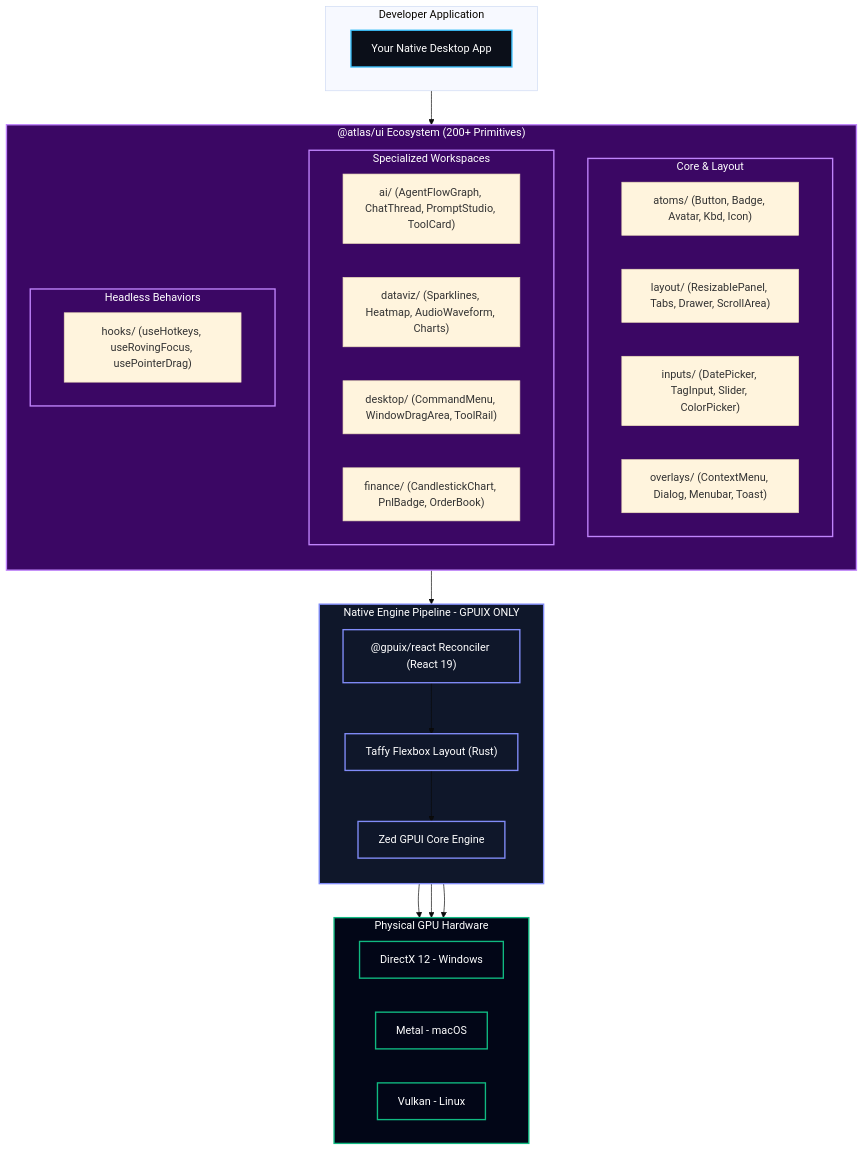
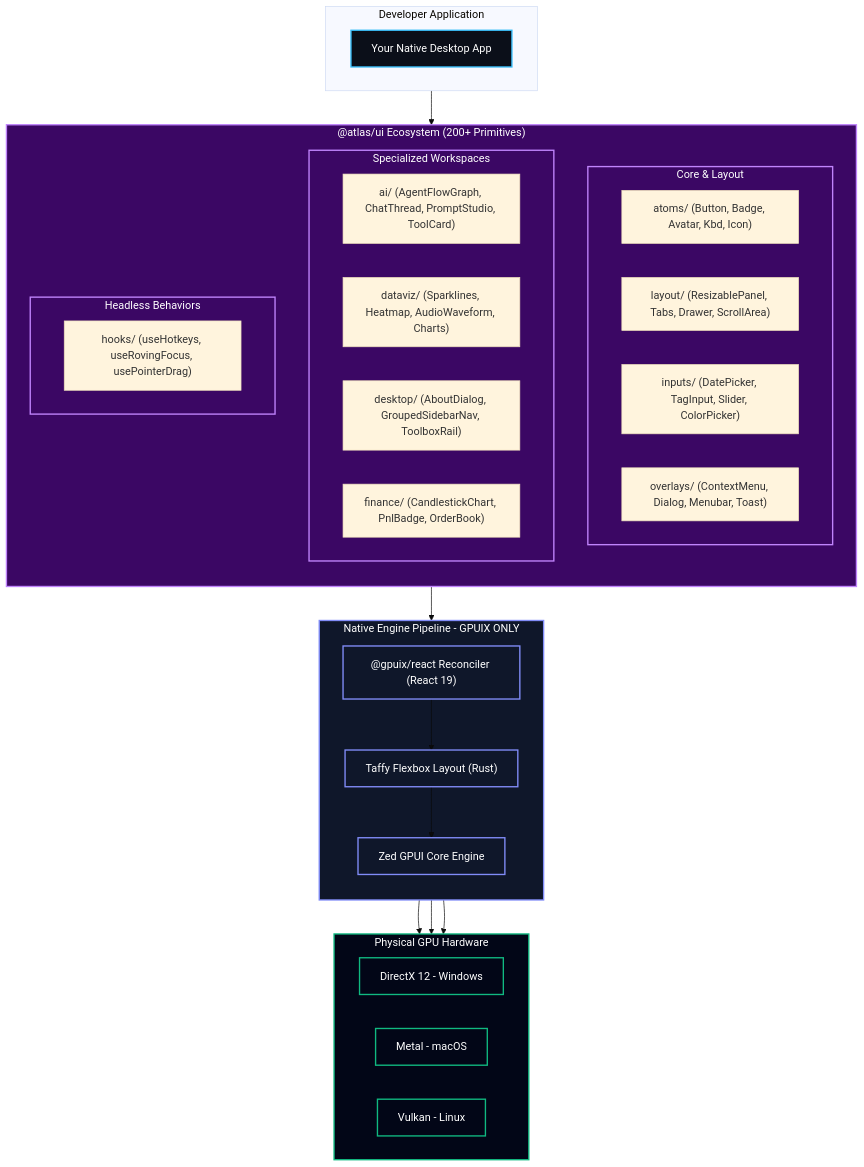
One commit to amafjarkasi/atlas-ui changed the diagram in README.md. Above: the diagram before and after it, drawn with Mermaid (base theme). The commit also changed other lines of this file and 110 other files, not shown here.

````diff
--- a/README.md
+++ b/README.md
@@ -54,60 +55,60 @@
 ```mermaid
 flowchart TB
     subgraph AppLayer [Developer Application]
         direction LR
         App[Your Native Desktop App]
     end
 
     subgraph AtlasUI ["@atlas/ui Ecosystem (200+ Primitives)"]
         direction TB
         subgraph CoreModules [Core & Layout]
             Atoms["atoms/ (Button, Badge, Avatar, Kbd, Icon)"]
             Layout["layout/ (ResizablePanel, Tabs, Drawer, ScrollArea)"]
             Inputs["inputs/ (DatePicker, TagInput, Slider, ColorPicker)"]
             Overlays["overlays/ (ContextMenu, Dialog, Menubar, Toast)"]
         end
 
         subgraph AdvancedModules [Specialized Workspaces]
             AI["ai/ (AgentFlowGraph, ChatThread, PromptStudio, ToolCard)"]
             DataViz["dataviz/ (Sparklines, Heatmap, AudioWaveform, Charts)"]
-            Desktop["desktop/ (CommandMenu, WindowDragArea, ToolRail)"]
+            Desktop["desktop/ (AboutDialog, GroupedSidebarNav, ToolboxRail)"]
             Finance["finance/ (CandlestickChart, PnlBadge, OrderBook)"]
         end
 
         subgraph HeadlessEngines [Headless Behaviors]
             Hooks["hooks/ (useHotkeys, useRovingFocus, usePointerDrag)"]
         end
     end
 
     subgraph GPUIRuntime [Native Engine Pipeline - GPUIX ONLY]
         direction TB
         Reconciler["@gpuix/react Reconciler (React 19)"]
         Taffy["Taffy Flexbox Layout (Rust)"]
         ZedGPUI["Zed GPUI Core Engine"]
     end
 
     subgraph Hardware [Physical GPU Hardware]
         direction LR
         DX12[DirectX 12 - Windows]
         Metal[Metal - macOS]
         Vulkan[Vulkan - Linux]
     end
 
     App --> AtlasUI
     AtlasUI --> Reconciler
     Reconciler --> Taffy
     Taffy --> ZedGPUI
     ZedGPUI --> DX12
     ZedGPUI --> Metal
     ZedGPUI --> Vulkan
 
     classDef brand fill:#0b0f19,stroke:#38bdf8,stroke-width:2px,color:#fff;
     classDef runtime fill:#0f172a,stroke:#818cf8,stroke-width:2px,color:#fff;
     classDef hardware fill:#020617,stroke:#10b981,stroke-width:2px,color:#fff;
     classDef warning fill:#3b0764,stroke:#c084fc,stroke-width:2px,color:#fff;
 
     class App brand;
     class AtlasUI,CoreModules,AdvancedModules,HeadlessEngines warning;
     class GPUIRuntime,Reconciler,Taffy,ZedGPUI runtime;
     class Hardware,DX12,Metal,Vulkan hardware;
 ```
````
